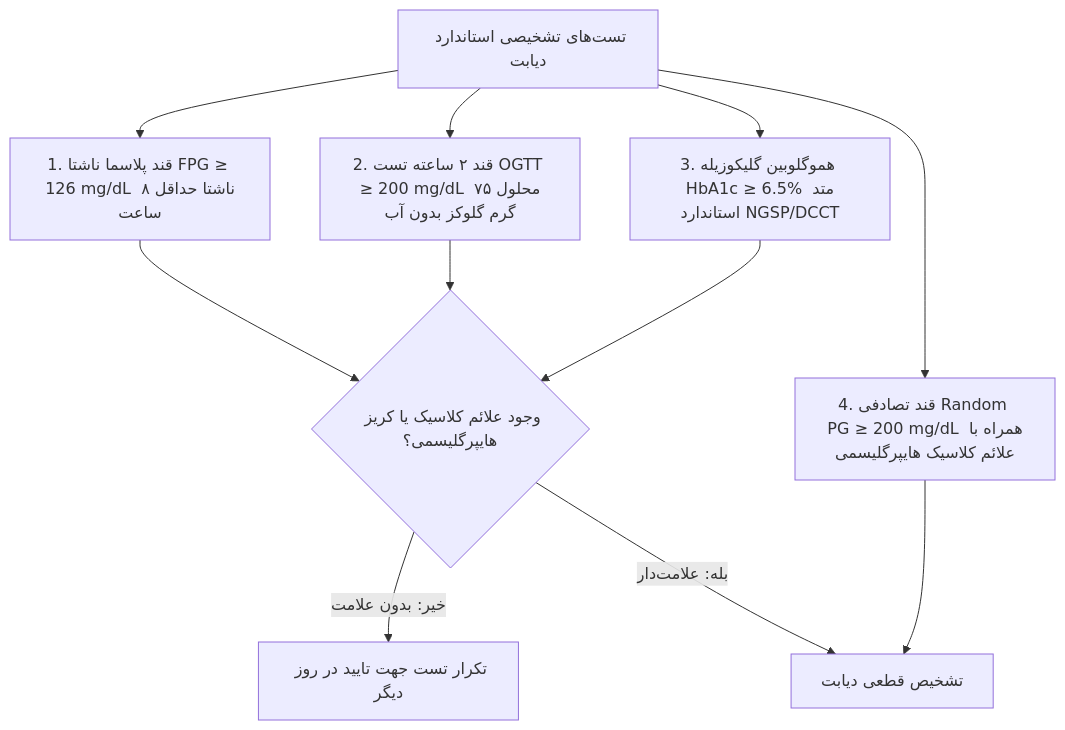
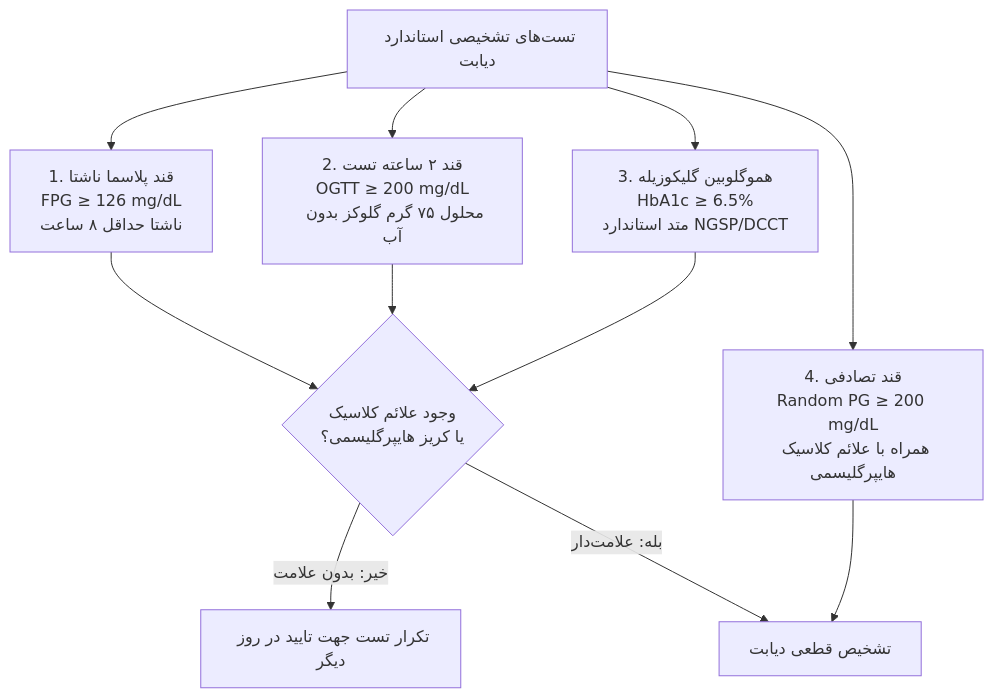
One commit to neopulse-hub/TUMS-1402-1-neo changed the third of 10 diagrams in 07/مبانی غدد/دیابت شیرین.md. Above: the diagram before and after it, drawn with Mermaid.

Commit message:
Update دیابت شیرین.md

````diff
--- a/07/مبانی غدد/دیابت شیرین.md
+++ b/07/مبانی غدد/دیابت شیرین.md
@@ -95,12 +95,12 @@
 ```mermaid
 flowchart TD
-    Screen[تست‌های تشخیصی استاندارد دیابت] --> C1[1. قند پلاسما ناشتا FPG ≥ 126 mg/dL ناشتا حداقل ۸ ساعت]
-    Screen --> C2[2. قند ۲ ساعته تست OGTT ≥ 200 mg/dL محلول ۷۵ گرم گلوکز بدون آب]
-    Screen --> C3[3. هموگلوبین گلیکوزیله HbA1c ≥ 6.5% متد استاندارد NGSP/DCCT]
-    Screen --> C4[4. قند تصادفی Random PG ≥ 200 mg/dL همراه با علائم کلاسیک هایپرگلیسمی]
+    Screen[تست‌های تشخیصی استاندارد دیابت] --> C1[1. قند پلاسما ناشتا<br>FPG ≥ 126 mg/dL<br>ناشتا حداقل ۸ ساعت]
+    Screen --> C2[2. قند ۲ ساعته تست<br>OGTT ≥ 200 mg/dL<br>محلول ۷۵ گرم گلوکز بدون آب]
+    Screen --> C3[3. هموگلوبین گلیکوزیله<br>HbA1c ≥ 6.5%<br>متد استاندارد NGSP/DCCT]
+    Screen --> C4[4. قند تصادفی<br>Random PG ≥ 200 mg/dL<br>همراه با علائم کلاسیک هایپرگلیسمی]
     
-    C1 & C2 & C3 --> ConfCheck{وجود علائم کلاسیک یا کریز هایپرگلیسمی؟}
+    C1 & C2 & C3 --> ConfCheck{وجود علائم کلاسیک<br>یا کریز هایپرگلیسمی؟}
     ConfCheck -->|خیر: بدون علامت| RepeatTest[تکرار تست جهت تایید در روز دیگر]
     ConfCheck -->|بله: علامت‌دار| DiagConfirmed[تشخیص قطعی دیابت]
     C4 --> DiagConfirmed
 ```
````
